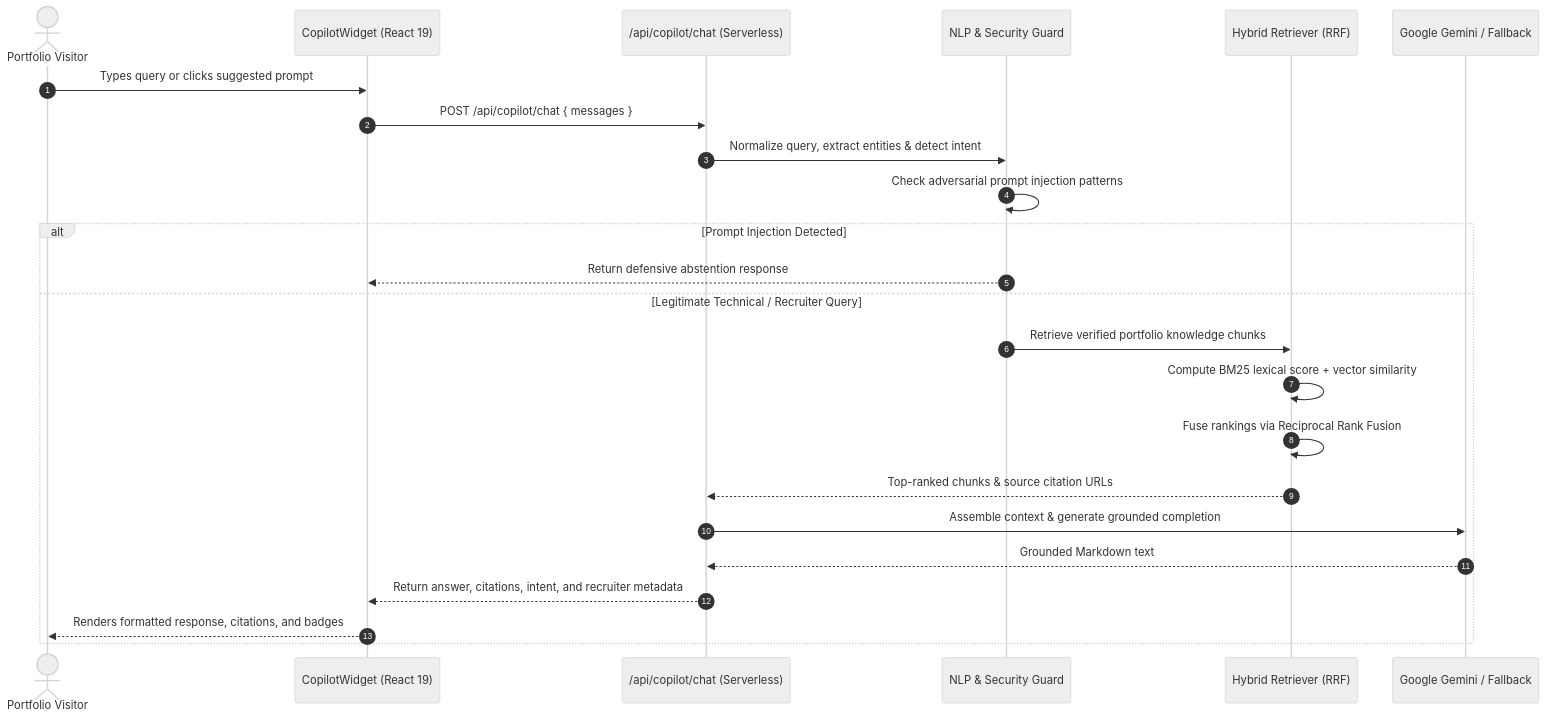
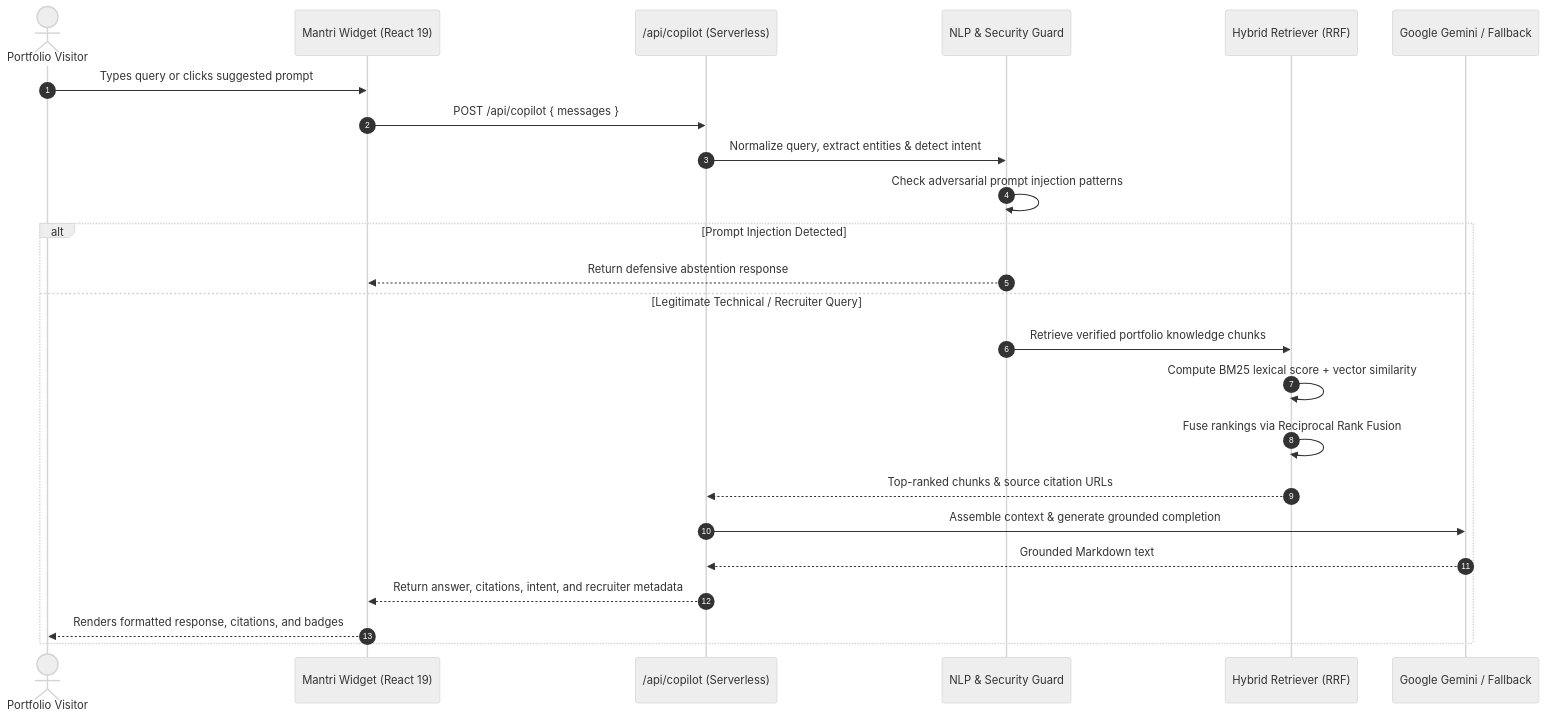
One commit to calligraphyguruji/portfolio changed the second of 2 diagrams in docs/AI_ASSISTANT_ARCHITECTURE.md. Above: the diagram before and after it, drawn with Mermaid (neutral theme). The commit also changed other lines of this file and 8 other files, not shown here.

Commit message:
feat(copilot): upgrade assistant to Mantri with LaTeX math, rich markdown, and code syntax highlighting

````diff
--- a/docs/AI_ASSISTANT_ARCHITECTURE.md
+++ b/docs/AI_ASSISTANT_ARCHITECTURE.md
@@ -43,27 +45,27 @@
 ```mermaid
 sequenceDiagram
   autonumber
   actor Visitor as Portfolio Visitor
-  participant UI as CopilotWidget (React 19)
-  participant API as /api/copilot/chat (Serverless)
+  participant UI as Mantri Widget (React 19)
+  participant API as /api/copilot (Serverless)
   participant NLP as NLP & Security Guard
   participant RAG as Hybrid Retriever (RRF)
   participant LLM as Google Gemini / Fallback
   
   Visitor->>UI: Types query or clicks suggested prompt
-  UI->>API: POST /api/copilot/chat { messages }
+  UI->>API: POST /api/copilot { messages }
   API->>NLP: Normalize query, extract entities & detect intent
   NLP->>NLP: Check adversarial prompt injection patterns
   alt Prompt Injection Detected
     NLP-->>UI: Return defensive abstention response
   else Legitimate Technical / Recruiter Query
     NLP->>RAG: Retrieve verified portfolio knowledge chunks
     RAG->>RAG: Compute BM25 lexical score + vector similarity
     RAG->>RAG: Fuse rankings via Reciprocal Rank Fusion
     RAG-->>API: Top-ranked chunks & source citation URLs
     API->>LLM: Assemble context & generate grounded completion
     LLM-->>API: Grounded Markdown text
     API-->>UI: Return answer, citations, intent, and recruiter metadata
     UI-->>Visitor: Renders formatted response, citations, and badges
   end
 ```
````
